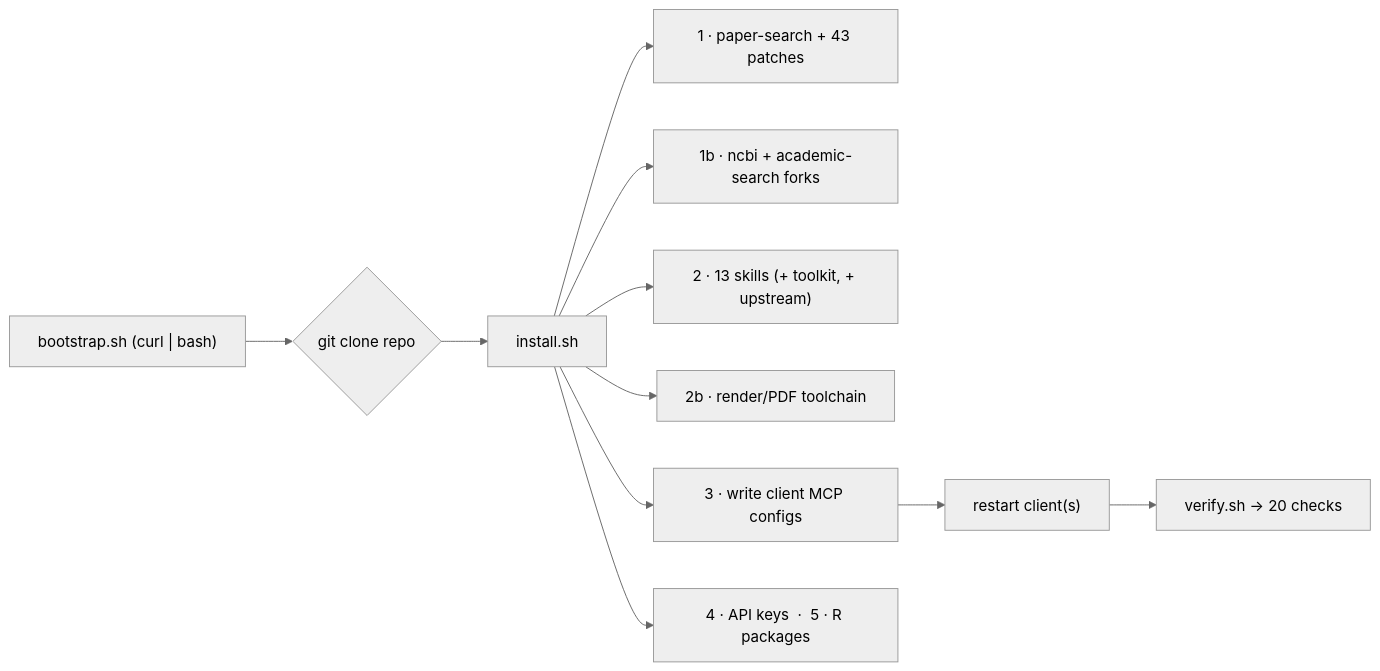
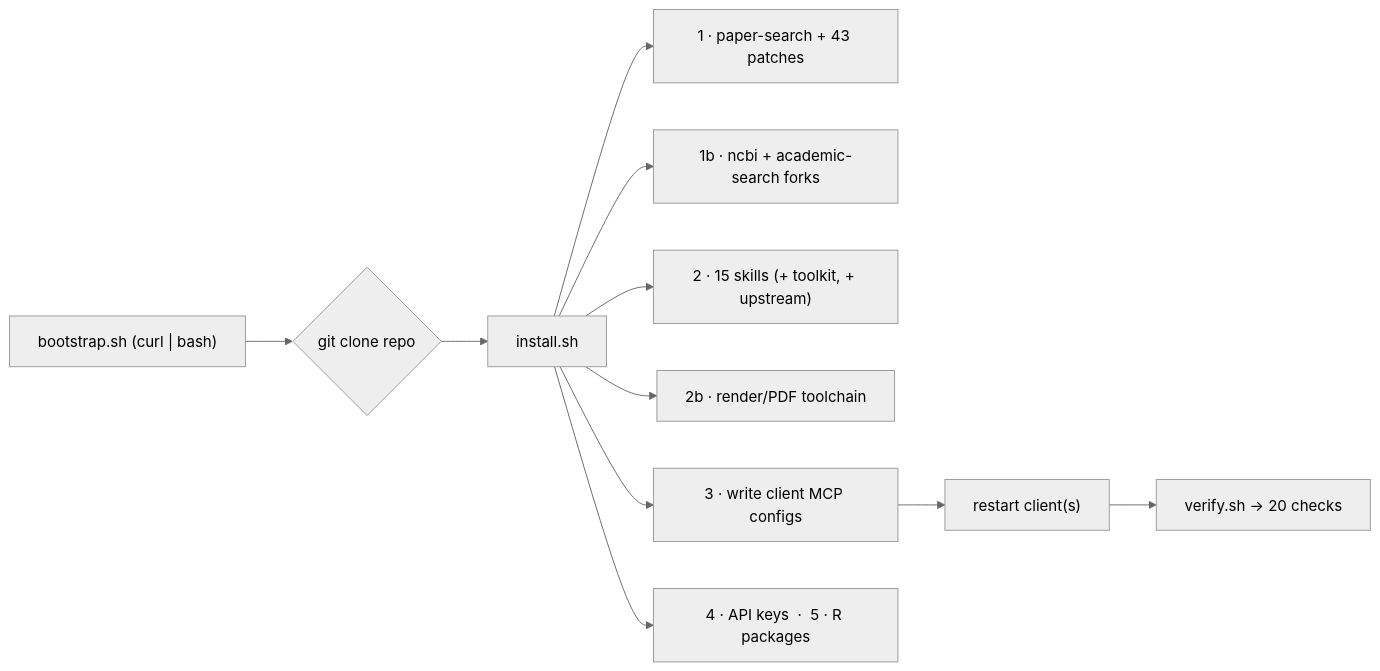
One commit to drb253/research-stack changed the first of 7 diagrams in README.md. Above: the diagram before and after it, drawn with Mermaid (neutral theme). The commit also changed other lines of this file and 12 other files, not shown here.

````diff
--- a/README.md
+++ b/README.md
@@ -262,12 +262,12 @@
 ```mermaid
 flowchart LR
     A["bootstrap.sh (curl | bash)"] --> B{"git clone repo"}
     B --> C["install.sh"]
     C --> D["1 · paper-search + 43 patches"]
     C --> E["1b · ncbi + academic-search forks"]
-    C --> F["2 · 13 skills (+ toolkit, + upstream)"]
+    C --> F["2 · 15 skills (+ toolkit, + upstream)"]
     C --> G["2b · render/PDF toolchain"]
     C --> H["3 · write client MCP configs"]
     C --> I["4 · API keys  ·  5 · R packages"]
     H --> J["restart client(s)"] --> K["verify.sh → 20 checks"]
 ```
````
